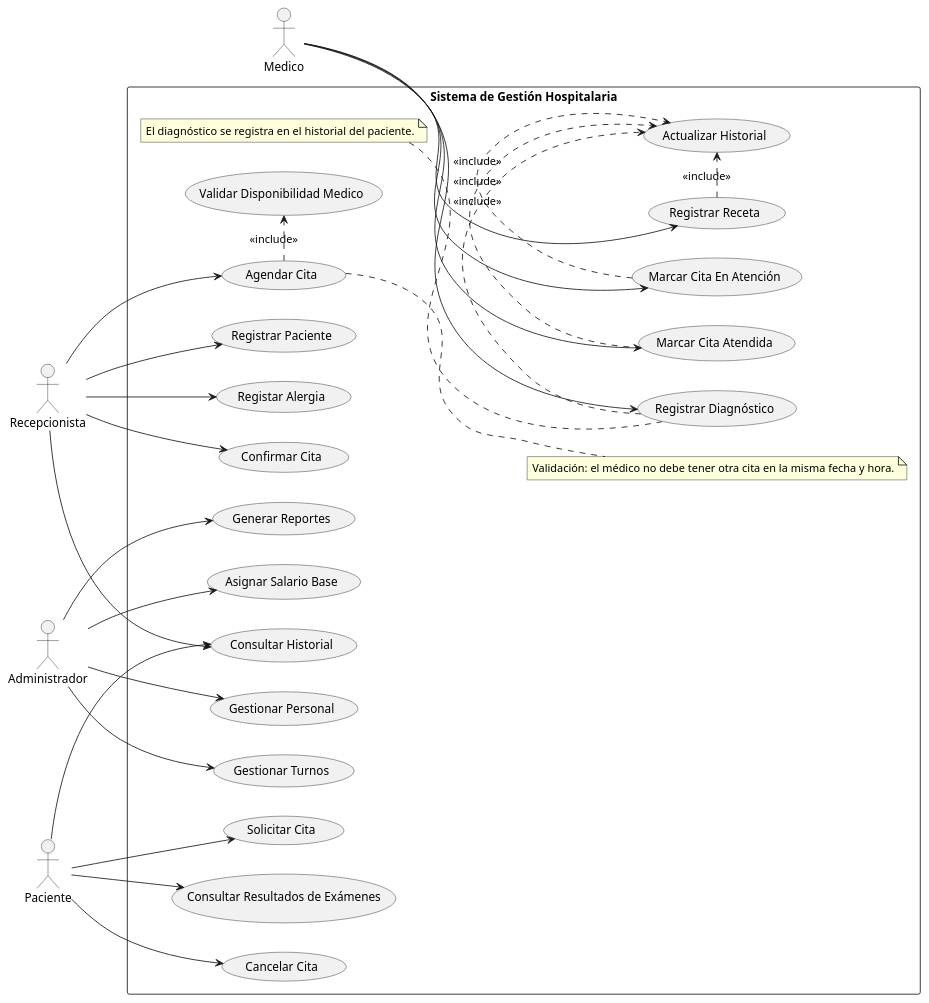
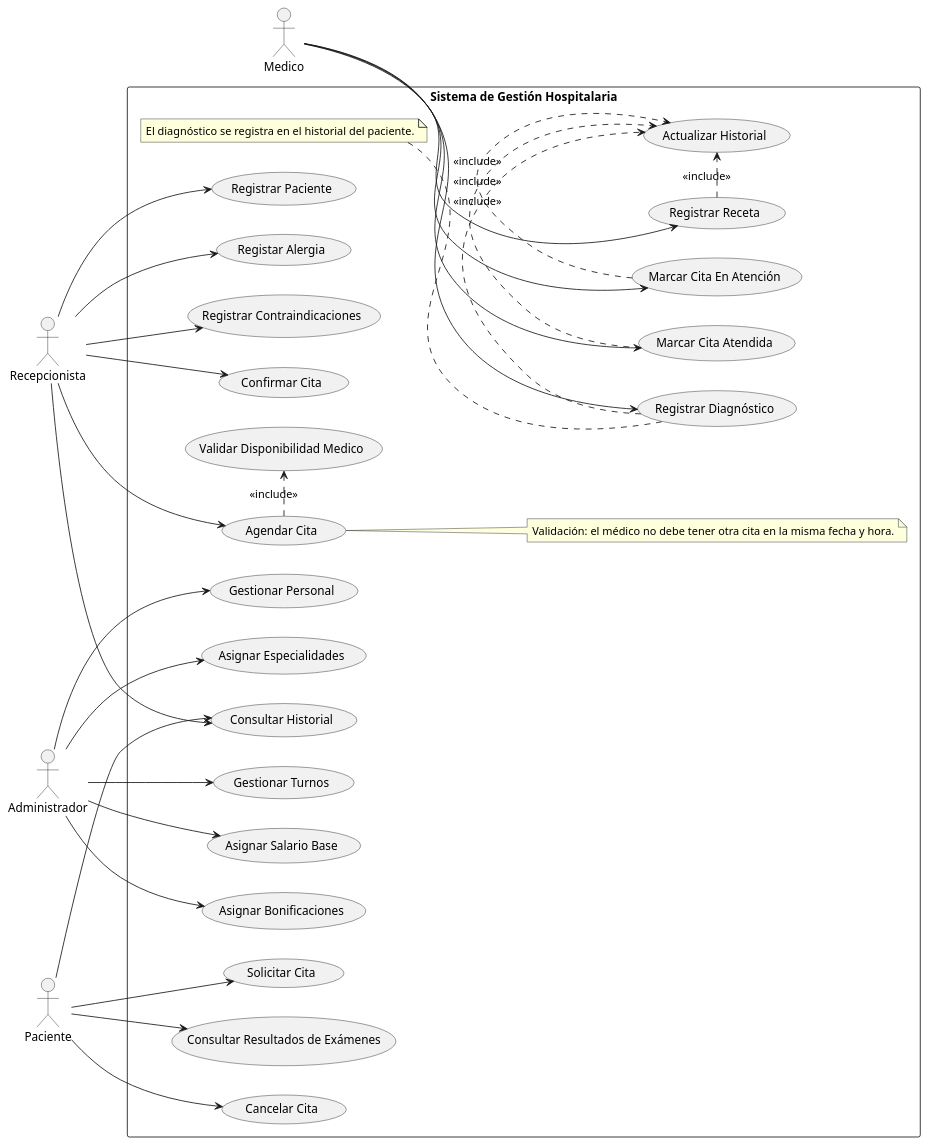
Before and after one commit to SamuelHerdz/taller1P2: the diagram in docs/casos_uso.puml, drawn with PlantUML.

```diff
--- a/docs/casos_uso.puml
+++ b/docs/casos_uso.puml
@@ -1,41 +1,43 @@
 @startuml CasosDeUso
 left to right direction
 actor Recepcionista
 actor Medico 
 actor Administrador 
 actor Paciente 
 
 rectangle "Sistema de Gestión Hospitalaria" {
     Recepcionista --> (Registrar Paciente)
     Recepcionista --> (Registar Alergia)
+    Recepcionista --> (Registrar Contraindicaciones)
     Recepcionista --> (Consultar Historial)
     Recepcionista --> (Agendar Cita)
     Recepcionista --> (Confirmar Cita)
     Medico --> (Registrar Diagnóstico)
     Medico --> (Registrar Receta)
     Medico --> (Marcar Cita En Atención)
     Medico --> (Marcar Cita Atendida)
     Administrador --> (Gestionar Personal)
+    Administrador --> (Asignar Especialidades)
     Administrador --> (Gestionar Turnos)
-    Administrador --> (Generar Reportes)
     Administrador --> (Asignar Salario Base)
+    Administrador --> (Asignar Bonificaciones)
     Paciente --> (Solicitar Cita)
     Paciente --> (Consultar Resultados de Exámenes)
     Paciente --> (Consultar Historial)
     Paciente --> (Cancelar Cita)
     
     (Agendar Cita) .> (Validar Disponibilidad Medico) : <<include>>
     (Registrar Diagnóstico) .> (Actualizar Historial) : <<include>>
     (Registrar Receta) .> (Actualizar Historial) : <<include>>
     (Marcar Cita En Atención) .> (Actualizar Historial) : <<include>>
     (Marcar Cita Atendida) .> (Actualizar Historial) : <<include>>
 
     note right of (Agendar Cita)
       Validación: el médico no debe tener otra cita en la misma fecha y hora.
     end note
 
     note left of (Registrar Diagnóstico)
       El diagnóstico se registra en el historial del paciente.
     end note
 }
 @enduml
```
